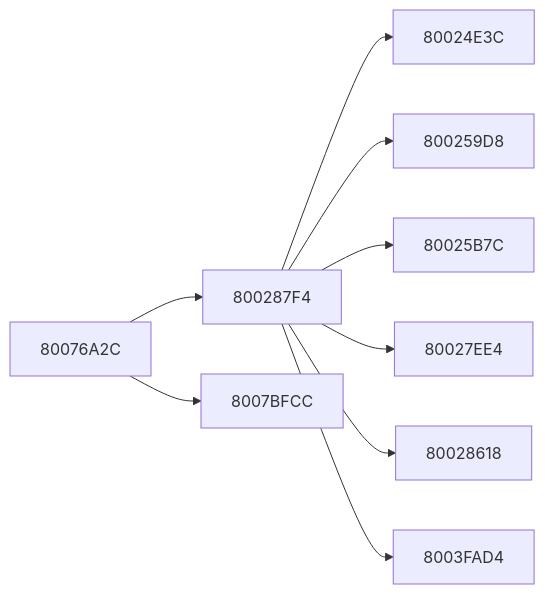
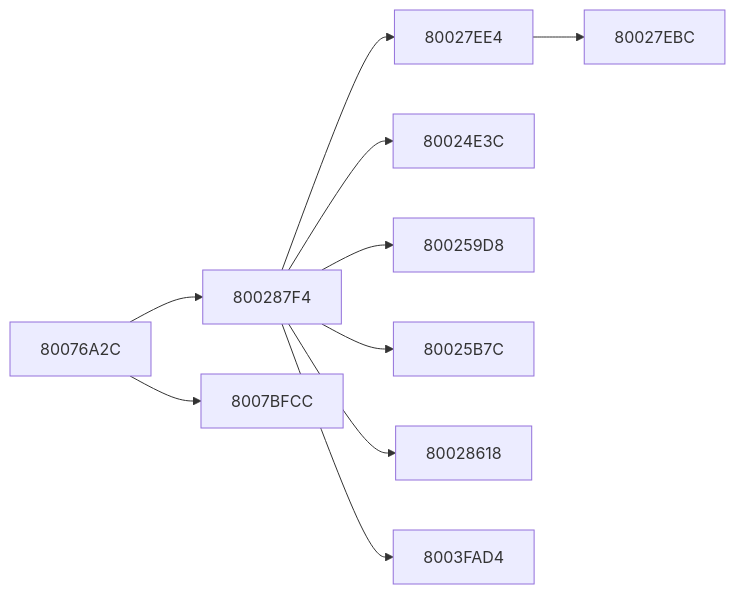
One commit to kai-luni/Future-Cop-L.A.P.D-PS1 changed the second of 10 diagrams in docs/FUNCTION_MAP.md. Above: the diagram before and after it, drawn with Mermaid. The commit also changed other lines of this file and 1 other file, not shown here.

````diff
--- a/docs/FUNCTION_MAP.md
+++ b/docs/FUNCTION_MAP.md
@@ -54,20 +64,22 @@
 ```mermaid
 graph LR
+    f80027ee4 --> f80027ebc
     f800287f4 --> f80024e3c
     f800287f4 --> f800259d8
     f800287f4 --> f80025b7c
     f800287f4 --> f80027ee4
     f800287f4 --> f80028618
     f800287f4 --> f8003fad4
     f80076a2c --> f800287f4
     f80076a2c --> f8007bfcc
     f80024e3c["80024E3C"]
     f800259d8["800259D8"]
     f80025b7c["80025B7C"]
+    f80027ebc["80027EBC"]
     f80027ee4["80027EE4"]
     f80028618["80028618"]
     f800287f4["800287F4"]
     f8003fad4["8003FAD4"]
     f80076a2c["80076A2C"]
     f8007bfcc["8007BFCC"]
 ```
````
